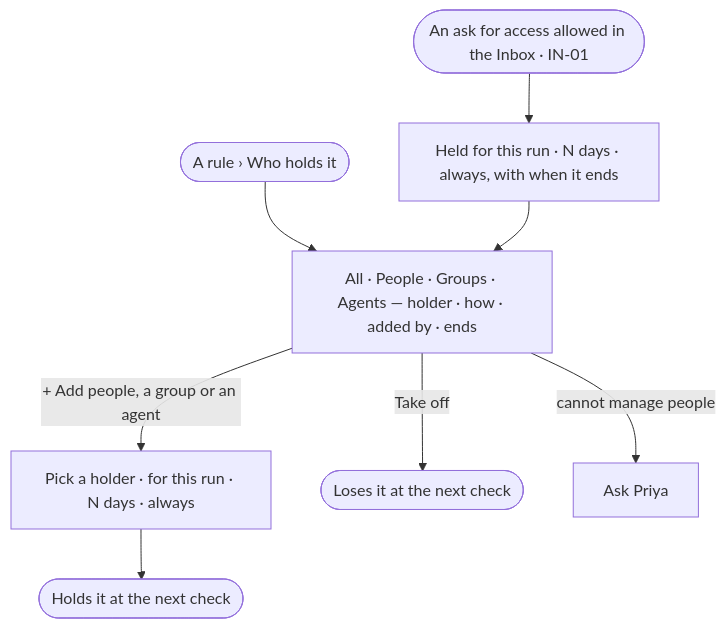
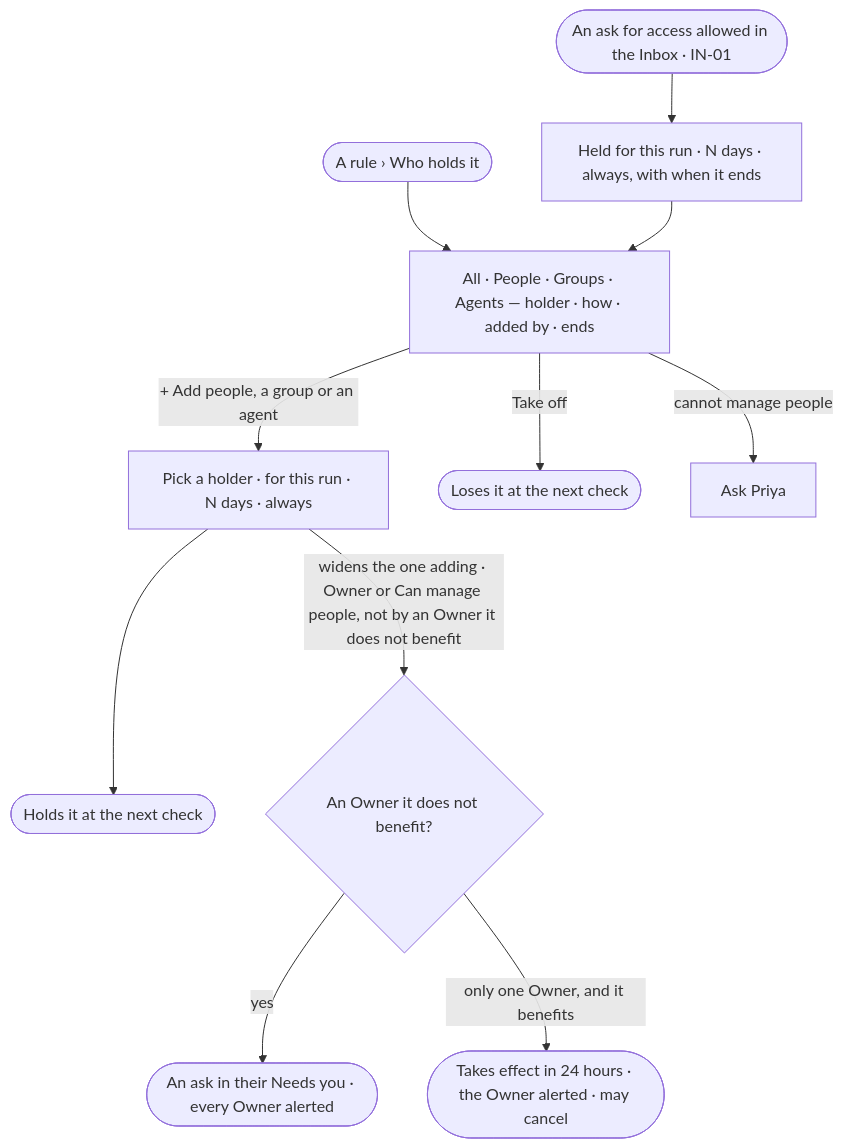
Before and after one commit to invana/invana: the diagram in specs/products/settings/features/ST-F02-people-and-access/stories/ST-10-see-and-change-who-holds-an-access-rule/story.md, drawn with Mermaid. The commit also changed other lines of this file and 24 other files, not shown here.

````diff
--- a/specs/products/settings/features/ST-F02-people-and-access/stories/ST-10-see-and-change-who-holds-an-access-rule/story.md
+++ b/specs/products/settings/features/ST-F02-people-and-access/stories/ST-10-see-and-change-who-holds-an-access-rule/story.md
@@ -26,10 +26,13 @@
 ```mermaid
 flowchart TD
   r([A rule › Who holds it]) --> t["All · People · Groups · Agents — holder · how · added by · ends"]
   t -->|+ Add people, a group or an agent| a["Pick a holder · for this run · N days · always"]
   a --> ok(["Holds it at the next check"])
   t -->|Take off| off(["Loses it at the next check"])
   t -->|cannot manage people| ask["Ask Priya"]
+  a -->|widens the one adding · Owner or Can manage people, not by an Owner it does not benefit| w{"An Owner it does not benefit?"}
+  w -->|yes| wa(["An ask in their Needs you · every Owner alerted"])
+  w -->|only one Owner, and it benefits| wd(["Takes effect in 24 hours · the Owner alerted · may cancel"])
   ib([An ask for access allowed in the Inbox · IN-01]) --> held["Held for this run · N days · always, with when it ends"]
   held --> t
 ```
````
